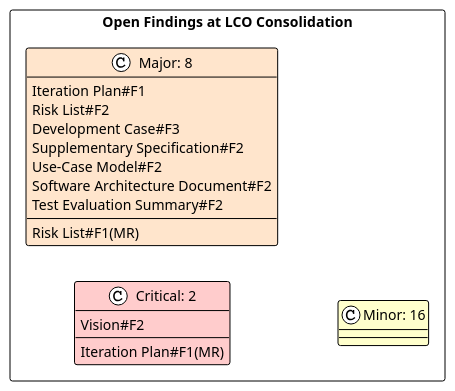
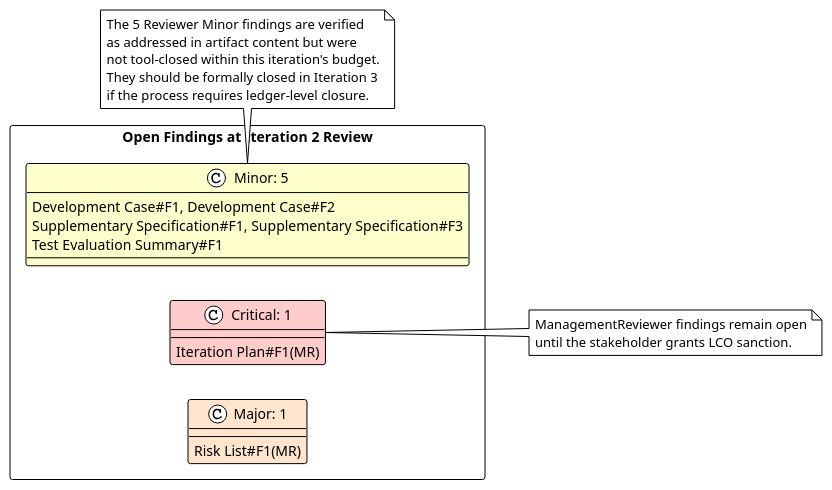
Before and after one commit to banense-test/portal: the first of 2 diagrams in docs/artifacts/project-management/review-record.md, drawn with PlantUML. The commit also changed other lines of this file, not shown here.

First line of the commit message:
Reviewer [I2]: upsert Review Record

````diff
--- a/docs/artifacts/project-management/review-record.md
+++ b/docs/artifacts/project-management/review-record.md
@@ -132,23 +88,31 @@
 ```plantuml
-@startuml Open_Findings_by_Severity
+@startuml Open_Findings_at_Iter2_Review
 !theme plain
 left to right direction
 
-rectangle "Open Findings at LCO Consolidation" {
-  class "Critical: 2" as CRIT #FFCCCC
-  class "Major: 8" as MAJOR #FFE5CC
-  class "Minor: 16" as MINOR #FFFFCC
+rectangle "Open Findings at Iteration 2 Review" {
+  class "Critical: 1" as CRIT #FFCCCC
+  class "Major: 1" as MAJOR #FFE5CC
+  class "Minor: 5" as MINOR #FFFFCC
 }
 
-CRIT : Vision#F2
 CRIT : Iteration Plan#F1(MR)
-MAJOR : Iteration Plan#F1
-MAJOR : Risk List#F2
 MAJOR : Risk List#F1(MR)
-MAJOR : Development Case#F3
-MAJOR : Supplementary Specification#F2
-MAJOR : Use-Case Model#F2
-MAJOR : Software Architecture Document#F2
-MAJOR : Test Evaluation Summary#F2
+MINOR : Development Case#F1, Development Case#F2
+MINOR : Supplementary Specification#F1, Supplementary Specification#F3
+MINOR : Test Evaluation Summary#F1
+
+note right of CRIT
+  ManagementReviewer findings remain open
+  until the stakeholder grants LCO sanction.
+end note
+
+note bottom of MINOR
+  The 5 Reviewer Minor findings are verified
+  as addressed in artifact content but were
+  not tool-closed within this iteration's budget.
+  They should be formally closed in Iteration 3
+  if the process requires ledger-level closure.
+end note
 @enduml
 ```
````
